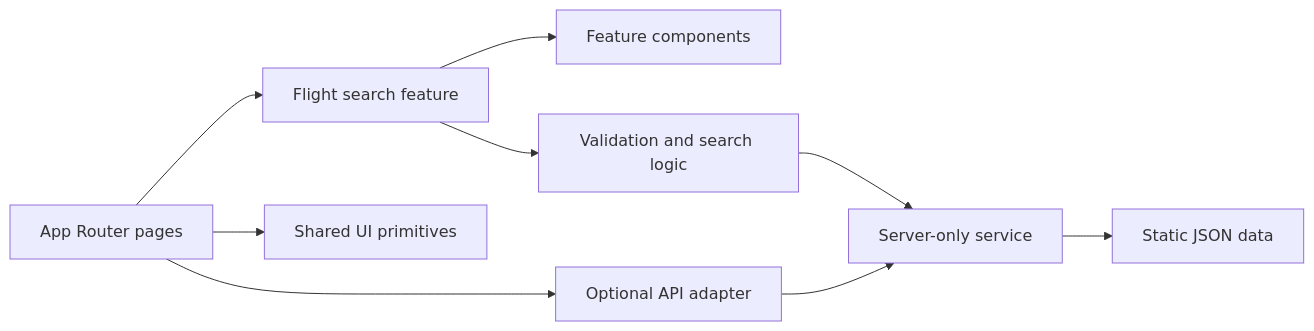
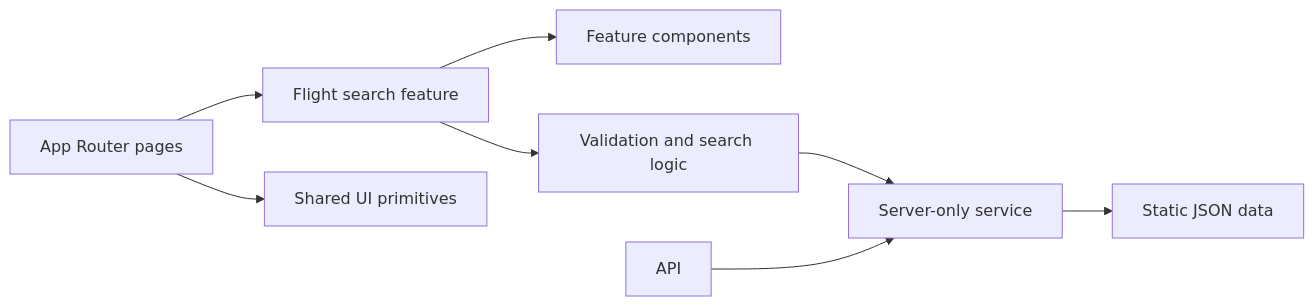
The diagram in README.md (Nparooei/transavia-assignment-nextjs), drawn with Mermaid before and after one commit. The commit also changed other lines of this file, not shown here.

````diff
--- a/README.md
+++ b/README.md
@@ -27,11 +27,10 @@
 ```mermaid
 flowchart LR
     UI[App Router pages] --> Feature[Flight search feature]
     Feature --> Components[Feature components]
     Feature --> Domain[Validation and search logic]
     Domain --> Service[Server-only service]
     Service --> Data[Static JSON data]
     UI --> Primitives[Shared UI primitives]
-    UI --> API[Optional API adapter]
     API --> Service
 ```
````
